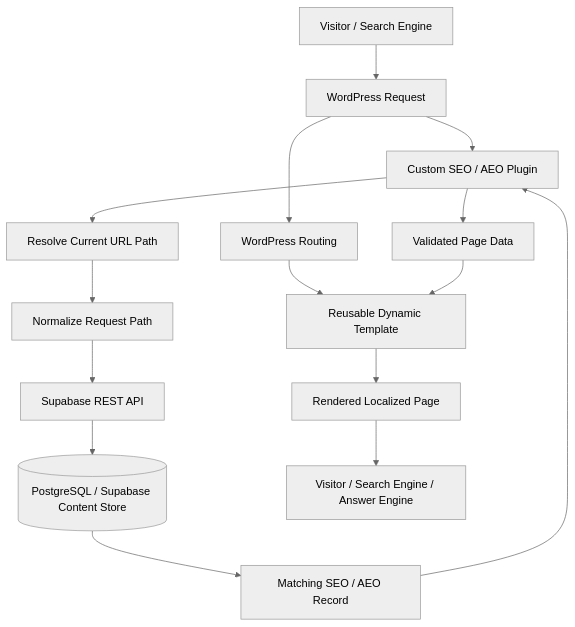
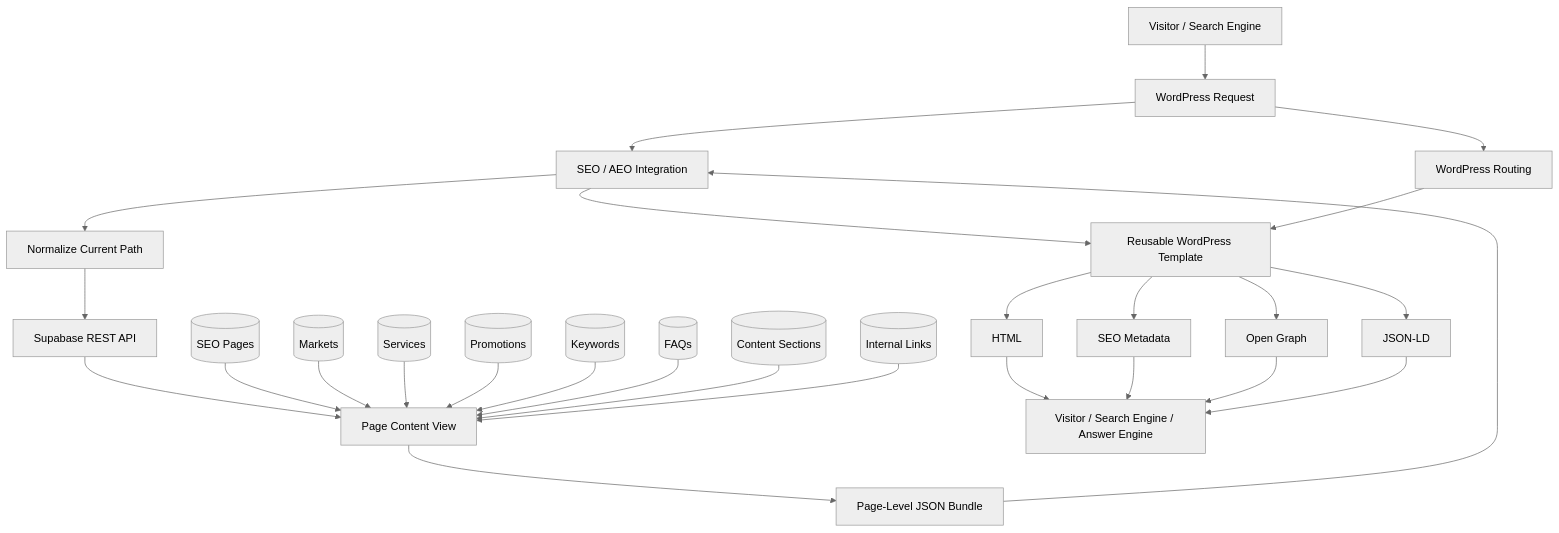
One commit to kaseypelchy-ops/seo-aeo-content-platform-showcase changed the first of 3 diagrams in docs/architecture.md. Above: the diagram before and after it, drawn with Mermaid (neutral theme). The commit also changed other lines of this file, not shown here.

First line of the commit message:
Revise architecture documentation for clarity and detail

````diff
--- a/docs/architecture.md
+++ b/docs/architecture.md
@@ -22,23 +33,37 @@
 ```mermaid
 flowchart TD
     A[Visitor / Search Engine] --> B[WordPress Request]
 
     B --> C[WordPress Routing]
-    C --> D[Reusable Dynamic Template]
+    B --> D[SEO / AEO Integration]
 
-    B --> E[Custom SEO / AEO Plugin]
-    E --> F[Resolve Current URL Path]
-    F --> G[Normalize Request Path]
+    D --> E[Normalize Current Path]
+    E --> F[Supabase REST API]
 
-    G --> H[Supabase REST API]
-    H --> I[(PostgreSQL / Supabase Content Store)]
+    F --> G[Page Content View]
 
-    I --> J[Matching SEO / AEO Record]
-    J --> E
+    H[(SEO Pages)] --> G
+    I[(Markets)] --> G
+    J[(Services)] --> G
+    K[(Promotions)] --> G
+    L[(Keywords)] --> G
+    M[(FAQs)] --> G
+    N[(Content Sections)] --> G
+    O[(Internal Links)] --> G
 
-    E --> K[Validated Page Data]
-    K --> D
+    G --> P[Page-Level JSON Bundle]
+    P --> D
 
-    D --> L[Rendered Localized Page]
-    L --> M[Visitor / Search Engine / Answer Engine]
+    D --> Q[Reusable WordPress Template]
+
+    C --> Q
+    Q --> R[HTML]
+    Q --> S[SEO Metadata]
+    Q --> T[Open Graph]
+    Q --> U[JSON-LD]
+
+    R --> V[Visitor / Search Engine / Answer Engine]
+    S --> V
+    T --> V
+    U --> V
 ```
````
